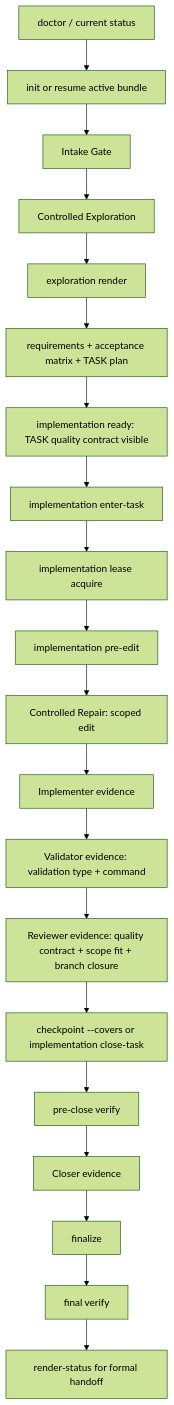
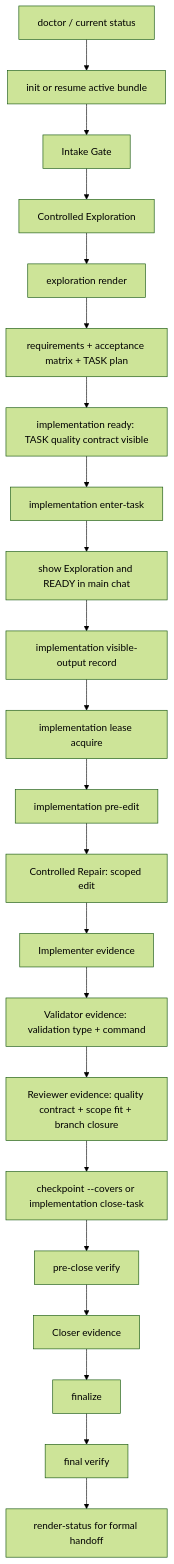
Before and after one commit to junsierqi/idea-to-code: the diagram in skills/idea-to-code/references/workflow.md, drawn with Mermaid (forest theme). The commit also changed other lines of this file and 12 other files, not shown here.

````diff
--- a/skills/idea-to-code/references/workflow.md
+++ b/skills/idea-to-code/references/workflow.md
@@ -200,22 +292,24 @@
 ```mermaid
 flowchart TD
   A[doctor / current status] --> B[init or resume active bundle]
   B --> C[Intake Gate]
   C --> D[Controlled Exploration]
   D --> ER[exploration render]
   ER --> R[requirements + acceptance matrix + TASK plan]
   R --> G[implementation ready: TASK quality contract visible]
   G --> T[implementation enter-task]
-  T --> L[implementation lease acquire]
+  T --> O[show Exploration and READY in main chat]
+  O --> VR[implementation visible-output record]
+  VR --> L[implementation lease acquire]
   L --> P[implementation pre-edit]
   P --> E[Controlled Repair: scoped edit]
   E --> I[Implementer evidence]
   I --> V[Validator evidence: validation type + command]
   V --> RV[Reviewer evidence: quality contract + scope fit + branch closure]
   RV --> M[checkpoint --covers or implementation close-task]
   M --> PV[pre-close verify]
   PV --> CL[Closer evidence]
   CL --> F[finalize]
   F --> FV[final verify]
   FV --> RS[render-status for formal handoff]
 ```
````
